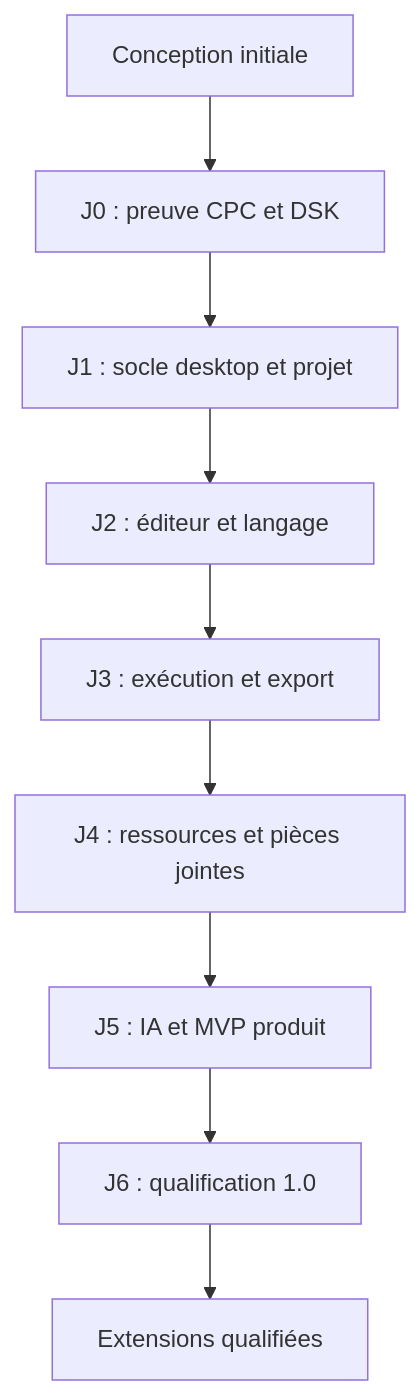
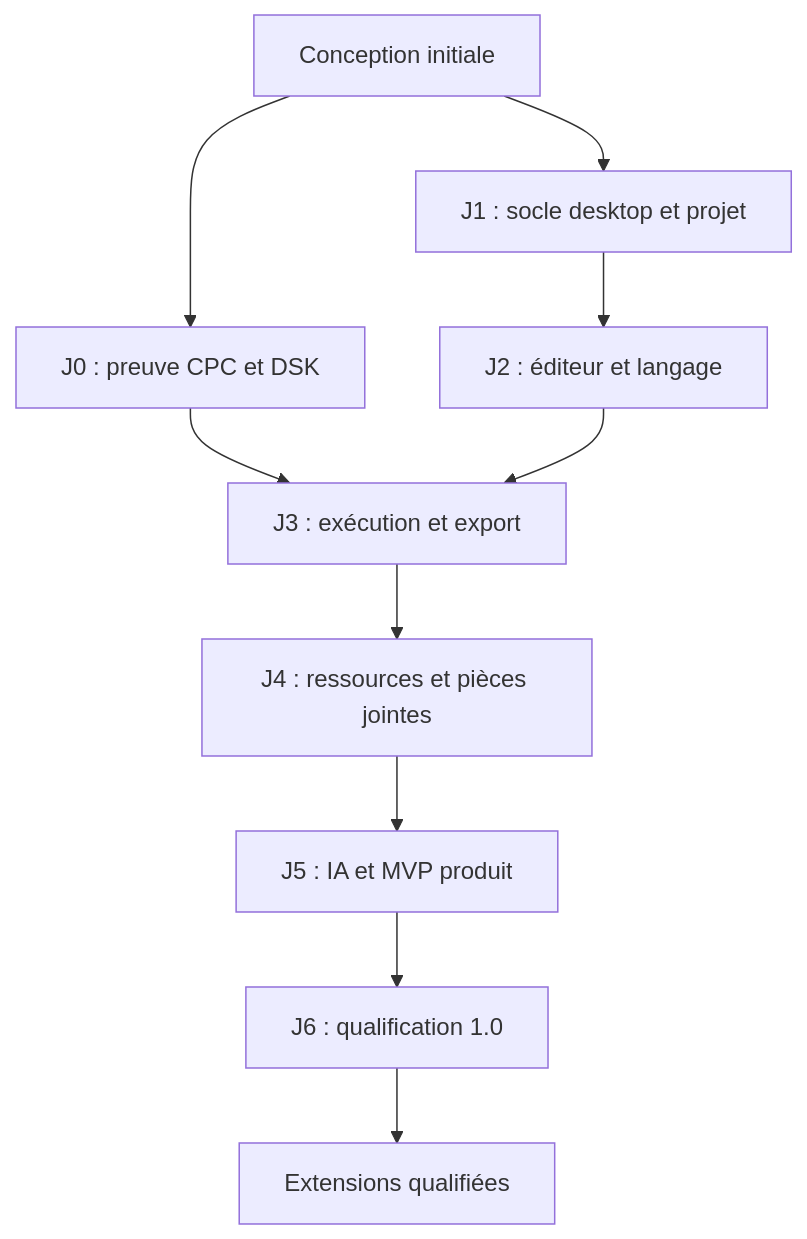
The diagram in docs/specifications/12-feuille-de-route.md (AstrowareConception/Micro-IDE-Amstrad), drawn with Mermaid before and after one commit. The commit also changed other lines of this file and 28 other files, not shown here.

````diff
--- a/docs/specifications/12-feuille-de-route.md
+++ b/docs/specifications/12-feuille-de-route.md
@@ -7,11 +7,12 @@
 ```mermaid
 flowchart TD
   S["Conception initiale"] --> J0["J0 : preuve CPC et DSK"]
-  J0 --> J1["J1 : socle desktop et projet"]
+  S --> J1["J1 : socle desktop et projet"]
   J1 --> J2["J2 : éditeur et langage"]
+  J0 --> J3["J3 : exécution et export"]
   J2 --> J3["J3 : exécution et export"]
   J3 --> J4["J4 : ressources et pièces jointes"]
   J4 --> J5["J5 : IA et MVP produit"]
   J5 --> J6["J6 : qualification 1.0"]
   J6 --> X["Extensions qualifiées"]
 ```
````
